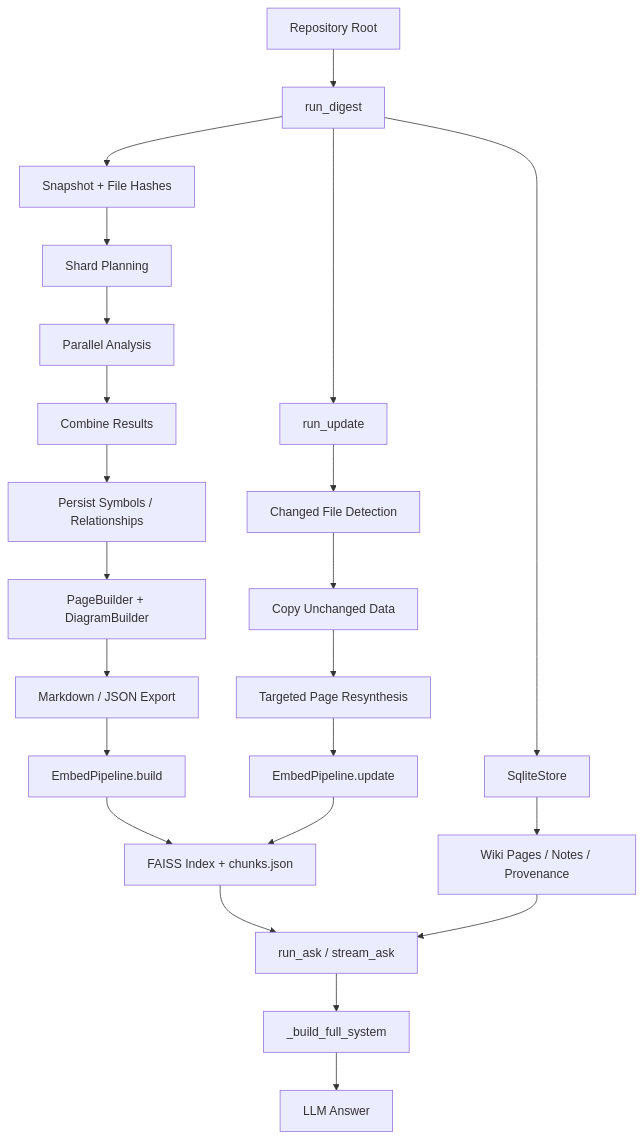
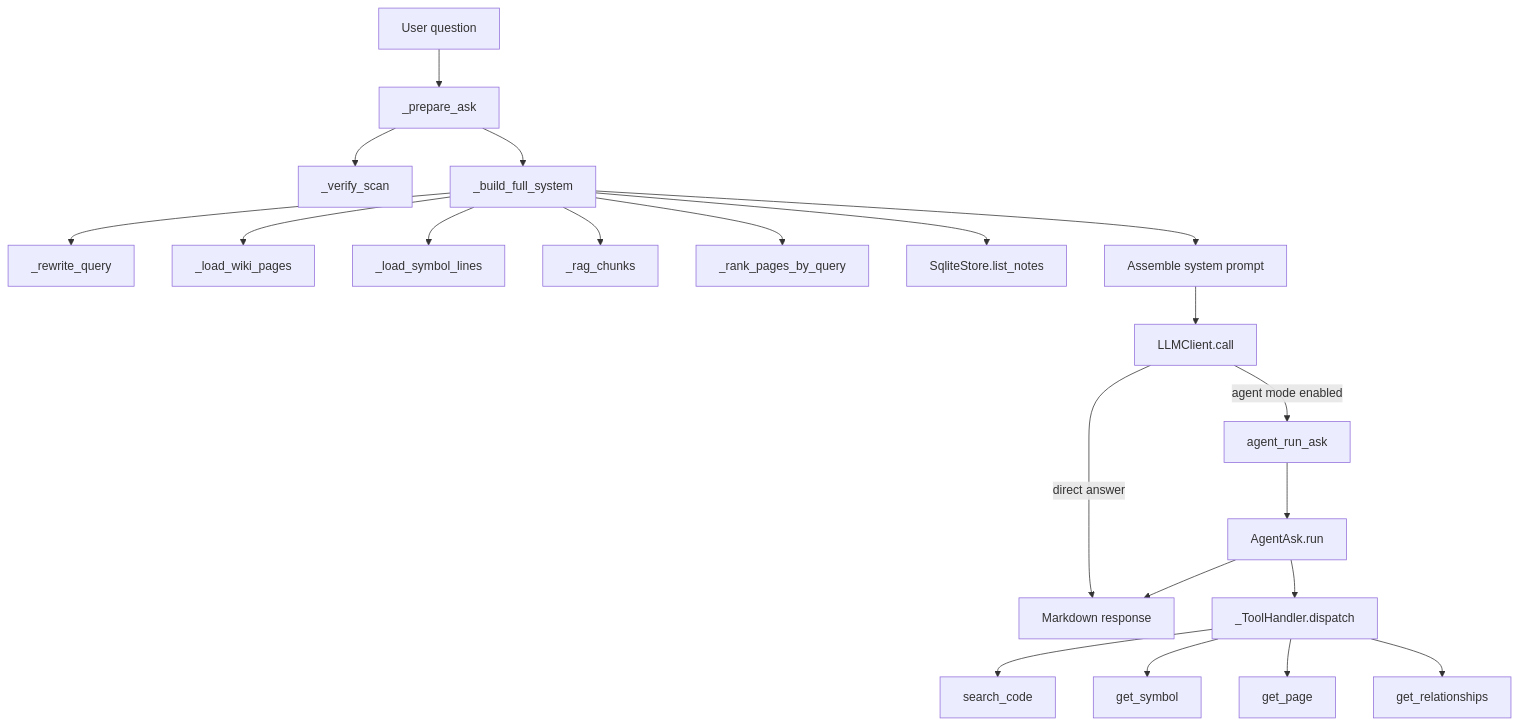
The second of 2 diagrams in .rekipedia/wiki/algorithms.md (actions-marketplace-validations/unrealandychan_rekipedia), drawn with Mermaid before and after one commit. The commit also changed other lines of this file and 13 other files, not shown here.

````diff
--- a/.rekipedia/wiki/algorithms.md
+++ b/.rekipedia/wiki/algorithms.md
@@ -396,25 +308,24 @@
 ```mermaid
 flowchart TD
-    A[Repository Root] --> B[run_digest]
-    B --> C[Snapshot + File Hashes]
-    C --> D[Shard Planning]
-    D --> E[Parallel Analysis]
-    E --> F[Combine Results]
-    F --> G[Persist Symbols / Relationships]
-    G --> H[PageBuilder + DiagramBuilder]
-    H --> I[Markdown / JSON Export]
-    I --> J[EmbedPipeline.build]
-    J --> K[FAISS Index + chunks.json]
-    B --> L[SqliteStore]
-    L --> M[Wiki Pages / Notes / Provenance]
-    K --> N[run_ask / stream_ask]
-    M --> N
-    N --> O[_build_full_system]
-    O --> P[LLM Answer]
-    B --> Q[run_update]
-    Q --> R[Changed File Detection]
-    R --> S[Copy Unchanged Data]
-    S --> T[Targeted Page Resynthesis]
-    T --> U[EmbedPipeline.update]
-    U --> K
+    Q[User question] --> P[_prepare_ask]
+    P --> V[_verify_scan]
+    P --> F[_build_full_system]
+    F --> R[_rewrite_query]
+    F --> W[_load_wiki_pages]
+    F --> S[_load_symbol_lines]
+    F --> G[_rag_chunks]
+    F --> K[_rank_pages_by_query]
+    F --> N[SqliteStore.list_notes]
+    F --> C[Assemble system prompt]
+    C --> L[LLMClient.call]
+
+    L -->|direct answer| A[Markdown response]
+    L -->|agent mode enabled| AG[agent_run_ask]
+    AG --> AA[AgentAsk.run]
+    AA --> T[_ToolHandler.dispatch]
+    T --> SC[search_code]
+    T --> GS[get_symbol]
+    T --> GP[get_page]
+    T --> GR[get_relationships]
+    AA --> A
 ```
````
